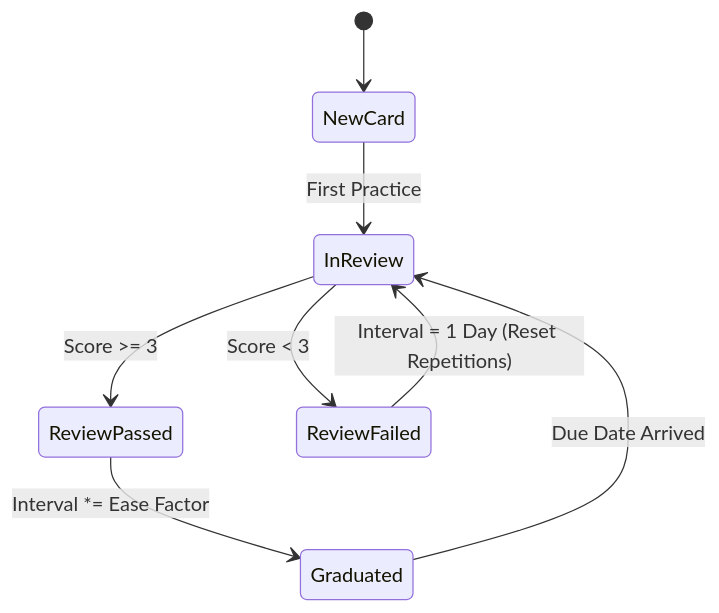
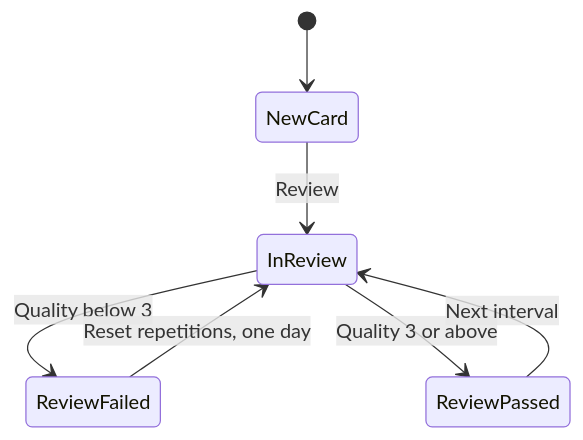
One commit to saappleg/DueVinci changed the diagram in wiki/SM-2-Spaced-Repetition-&-Flashcards.md. Above: the diagram before and after it, drawn with Mermaid. The commit also changed other lines of this file and 28 other files, not shown here.

````diff
--- a/wiki/SM-2-Spaced-Repetition-&-Flashcards.md
+++ b/wiki/SM-2-Spaced-Repetition-&-Flashcards.md
@@ -34,10 +15,9 @@
 ```mermaid
 stateDiagram-v2
     [*] --> NewCard
-    NewCard --> InReview: First Practice
-    InReview --> ReviewPassed: Score >= 3
-    InReview --> ReviewFailed: Score < 3
-    ReviewFailed --> InReview: Interval = 1 Day (Reset Repetitions)
-    ReviewPassed --> Graduated: Interval *= Ease Factor
-    Graduated --> InReview: Due Date Arrived
+    NewCard --> InReview: Review
+    InReview --> ReviewFailed: Quality below 3
+    InReview --> ReviewPassed: Quality 3 or above
+    ReviewFailed --> InReview: Reset repetitions, one day
+    ReviewPassed --> InReview: Next interval
 ```
````
